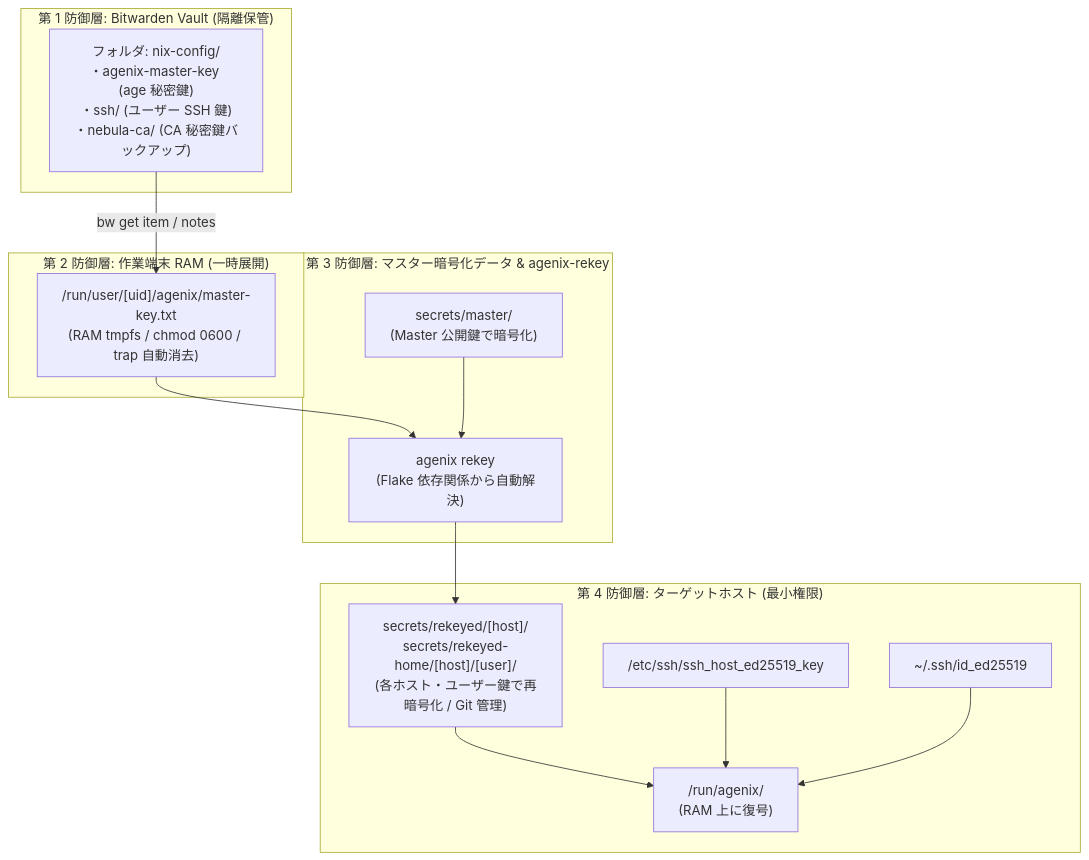
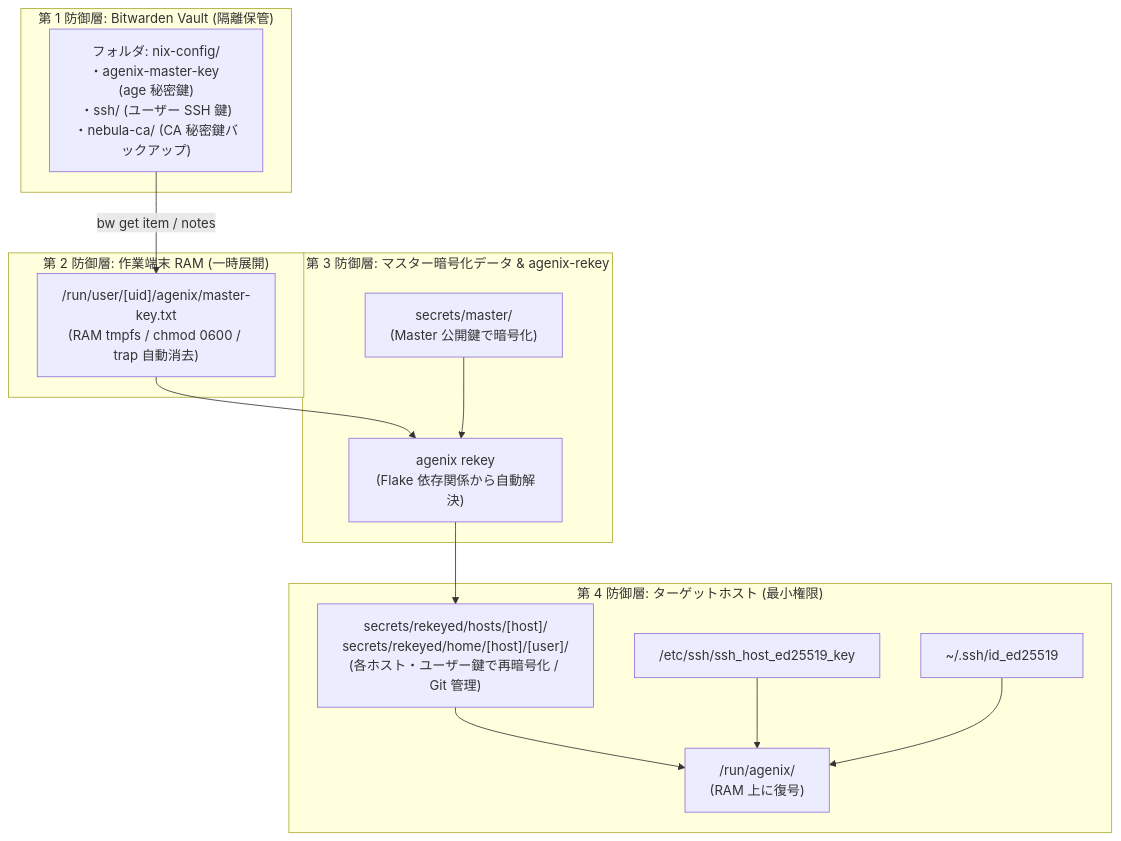
Before and after one commit to t3u-tsu/nix-config: the diagram in docs/operations/secret-management.md, drawn with Mermaid. The commit also changed other lines of this file and 3 other files, not shown here.

Commit message:
docs(secrets): restructure rekeyed paths into hosts and home namespaces

````diff
--- a/docs/operations/secret-management.md
+++ b/docs/operations/secret-management.md
@@ -9,29 +9,29 @@
 ```mermaid
 graph TD
     subgraph Layer1 ["第 1 防御層: Bitwarden Vault (隔離保管)"]
         BW["フォルダ: nix-config/<br>・agenix-master-key (age 秘密鍵)<br>・ssh/ (ユーザー SSH 鍵)<br>・nebula-ca/ (CA 秘密鍵バックアップ)"]
     end
 
     subgraph Layer2 ["第 2 防御層: 作業端末 RAM (一時展開)"]
         Tmpfs["/run/user/[uid]/agenix/master-key.txt<br>(RAM tmpfs / chmod 0600 / trap 自動消去)"]
         BW -->|bw get item / notes| Tmpfs
     end
 
     subgraph Layer3 ["第 3 防御層: マスター暗号化データ & agenix-rekey"]
         MasterDir["secrets/master/<br>(Master 公開鍵で暗号化)"]
         Engine["agenix rekey<br>(Flake 依存関係から自動解決)"]
         Tmpfs --> Engine
         MasterDir --> Engine
     end
 
     subgraph Layer4 ["第 4 防御層: ターゲットホスト (最小権限)"]
-        Rekeyed["secrets/rekeyed/[host]/<br>secrets/rekeyed-home/[host]/[user]/<br>(各ホスト・ユーザー鍵で再暗号化 / Git 管理)"]
+        Rekeyed["secrets/rekeyed/hosts/[host]/<br>secrets/rekeyed/home/[host]/[user]/<br>(各ホスト・ユーザー鍵で再暗号化 / Git 管理)"]
         HostKey["/etc/ssh/ssh_host_ed25519_key"]
         UserKey["~/.ssh/id_ed25519"]
         SecretRun["/run/agenix/<br>(RAM 上に復号)"]
         Engine --> Rekeyed
         Rekeyed --> SecretRun
         HostKey --> SecretRun
         UserKey --> SecretRun
     end
 ```
````
